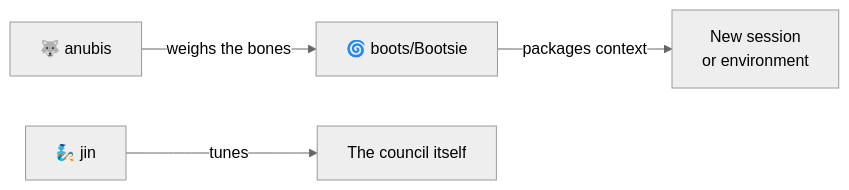
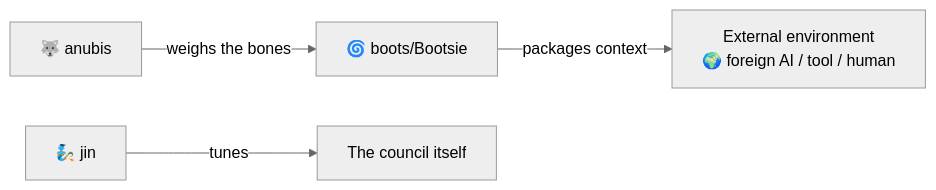
One commit to verdey/claude-skills changed the diagram in boots/SKILL.md. Above: the diagram before and after it, drawn with Mermaid (neutral theme). The commit also changed other lines of this file and 4 other files, not shown here.

````diff
--- a/boots/SKILL.md
+++ b/boots/SKILL.md
@@ -135,6 +135,6 @@
 ```mermaid
 flowchart LR
-  B[🌀 boots/Bootsie] -->|packages context| NEW[New session\nor environment]
+  B[🌀 boots/Bootsie] -->|packages context| EXT[External environment\n🌍 foreign AI / tool / human]
   AN[🐺 anubis] -->|weighs the bones| B
   J[🧞 jin] -->|tunes| SYSTEM[The council itself]
 ```
````
